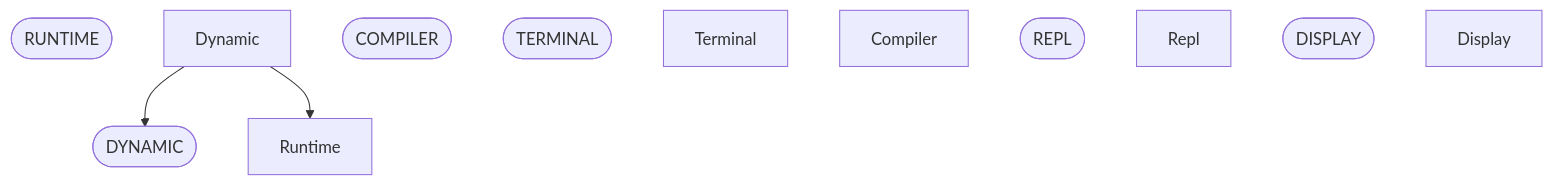
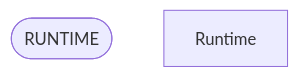
One commit to ruudkoot/rune changed the ninth of 9 diagrams in docs/generated/basis/depends.md. Above: the diagram before and after it, drawn with Mermaid. The commit also changed other lines of this file and 76 other files, not shown here.

````diff
--- a/docs/generated/basis/depends.md
+++ b/docs/generated/basis/depends.md
@@ -430,17 +431,5 @@
 ```mermaid
 flowchart TD
-  n85(["RUNTIME"])
-  n86["Runtime"]
-  n87(["DYNAMIC"])
-  n88["Dynamic"]
-  n89(["COMPILER"])
-  n90(["TERMINAL"])
-  n91["Terminal"]
-  n92["Compiler"]
-  n93(["REPL"])
-  n94["Repl"]
-  n95(["DISPLAY"])
-  n96["Display"]
-  n88 --> n87
-  n88 --> n86
+  n86(["RUNTIME"])
+  n87["Runtime"]
 ```
````
